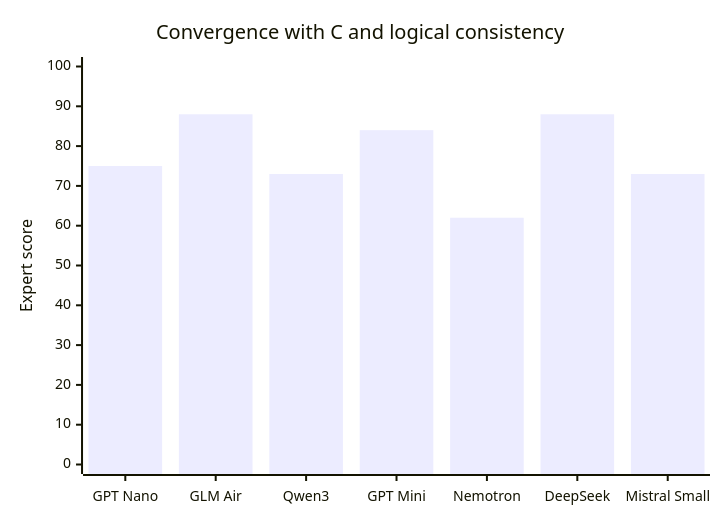
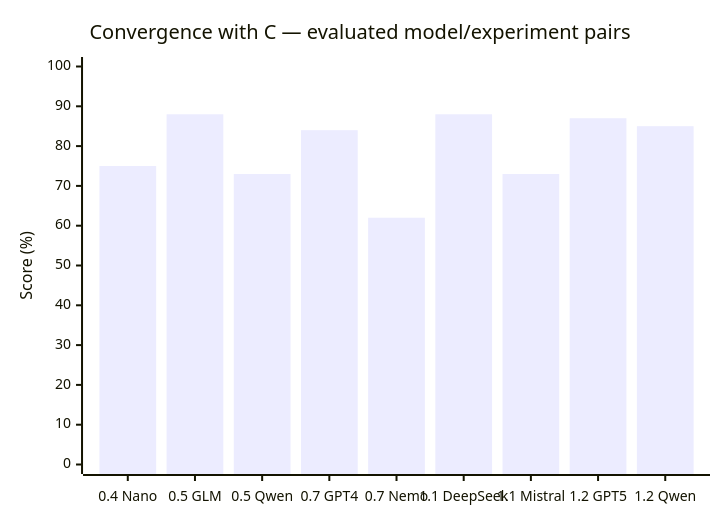
The first of 3 diagrams in research/Aletheon.ExperimentRunner/derived/SCORES_AND_EXPERIMENTS.md (NecroWit/CODEX-DUBITATIONIS), drawn with Mermaid before and after one commit. The commit also changed other lines of this file, not shown here.

Commit message:
Rebuild comparison charts and add observed weighted average token costs through EXP-1.2

````diff
--- a/research/Aletheon.ExperimentRunner/derived/SCORES_AND_EXPERIMENTS.md
+++ b/research/Aletheon.ExperimentRunner/derived/SCORES_AND_EXPERIMENTS.md
@@ -7,7 +7,7 @@
 ```mermaid
 xychart-beta
-    title "Convergence with C and logical consistency"
-    x-axis ["GPT Nano", "GLM Air", "Qwen3", "GPT Mini", "Nemotron", "DeepSeek", "Mistral Small"]
-    y-axis "Expert score" 0 --> 100
-    bar [75, 88, 73, 84, 62, 88, 73]
+    title "Convergence with C — evaluated model/experiment pairs"
+    x-axis ["0.4 Nano", "0.5 GLM", "0.5 Qwen", "0.7 GPT4", "0.7 Nemo", "1.1 DeepSeek", "1.1 Mistral", "1.2 GPT5", "1.2 Qwen"]
+    y-axis "Score (%)" 0 --> 100
+    bar [75, 88, 73, 84, 62, 88, 73, 87, 85]
 ```
````
